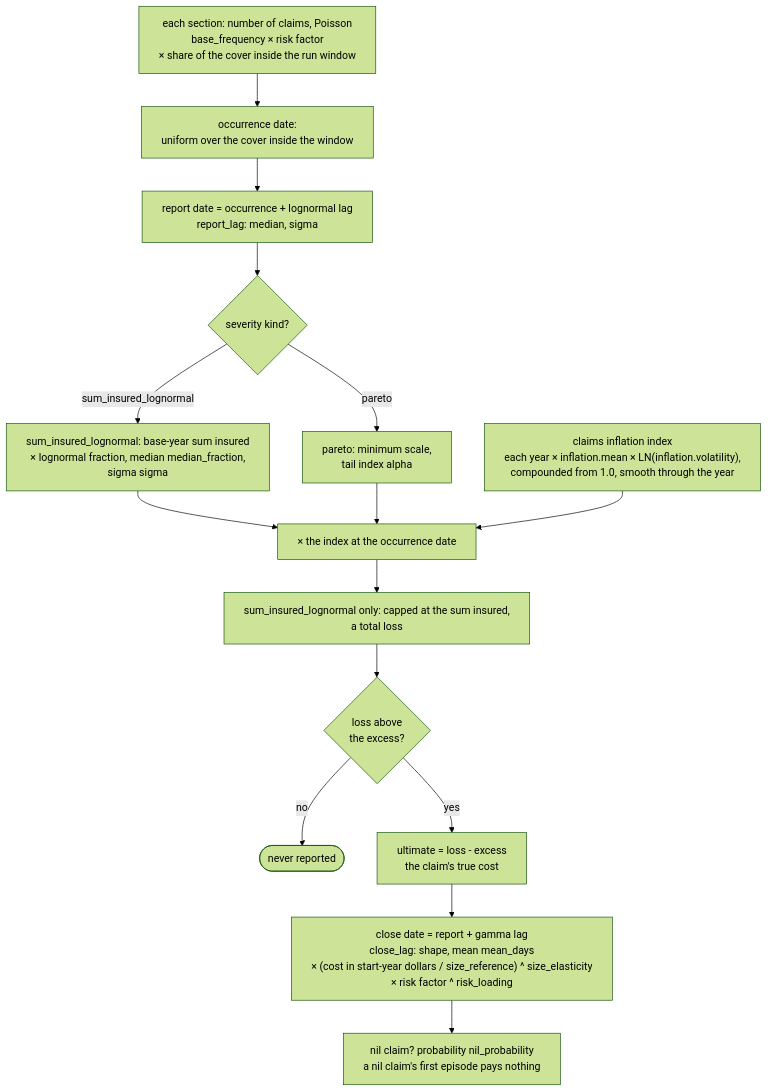
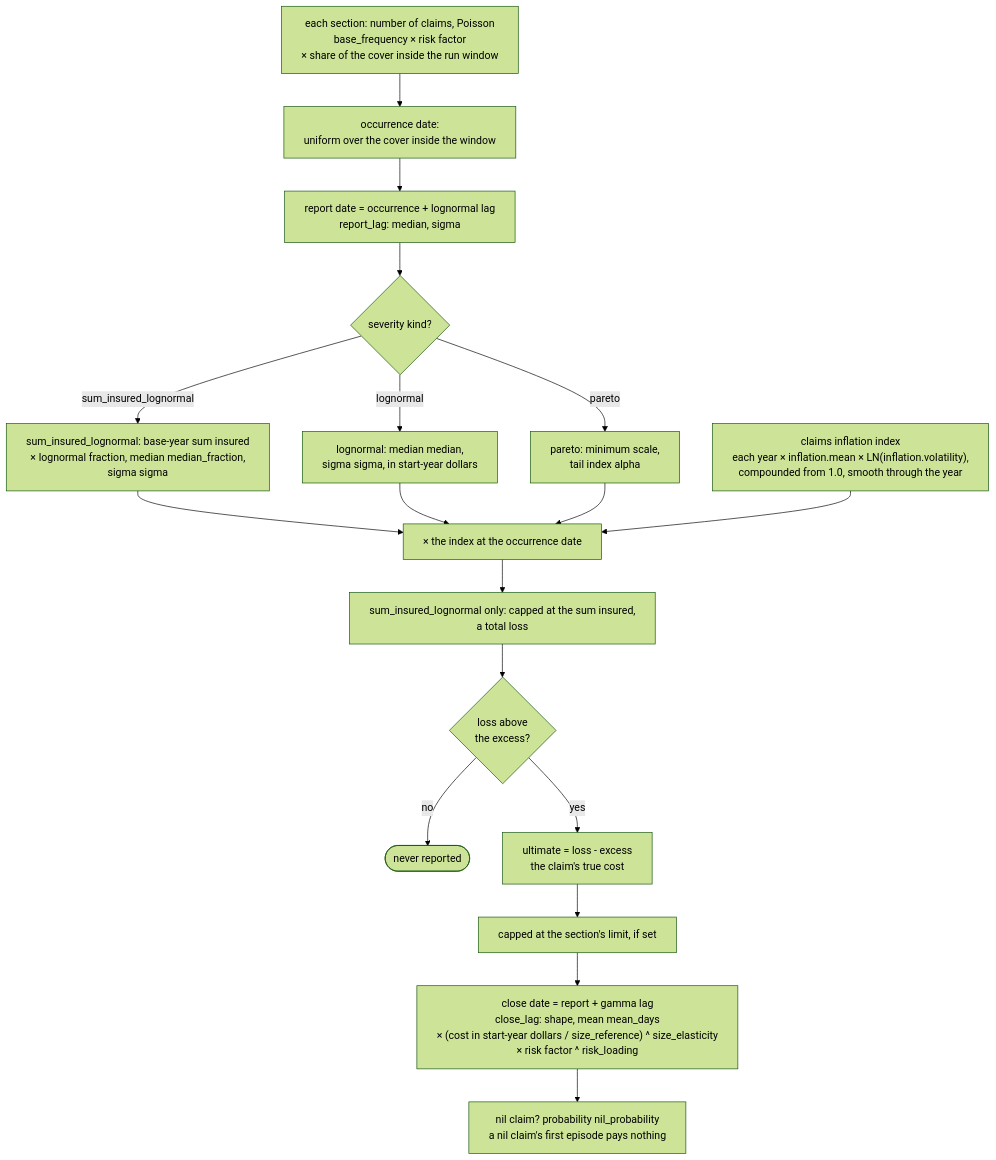
The fourth of 10 diagrams in README.md (le-marais/claims-data-generator), drawn with Mermaid (forest theme) before and after one commit. The commit also changed other lines of this file and 36 other files, not shown here.

````diff
--- a/README.md
+++ b/README.md
@@ -142,27 +142,31 @@
 ```mermaid
 %%{init: {"flowchart": {"wrappingWidth": 480}}}%%
 flowchart TD
     count["each section: number of claims, Poisson<br/>base_frequency × risk factor<br/>× share of the cover inside the run window"]
     occurrence["occurrence date:<br/>uniform over the cover inside the window"]
     report["report date = occurrence + lognormal lag<br/>report_lag: median, sigma"]
     kind{"severity kind?"}
     siLoss["sum_insured_lognormal: base-year sum insured<br/>× lognormal fraction, median median_fraction,<br/>sigma sigma"]
+    lognormalLoss["lognormal: median median,<br/>sigma sigma, in start-year dollars"]
     paretoLoss["pareto: minimum scale,<br/>tail index alpha"]
     index["claims inflation index<br/>each year × inflation.mean × LN(inflation.volatility),<br/>compounded from 1.0, smooth through the year"]
     trended["× the index at the occurrence date"]
     cap["sum_insured_lognormal only: capped at the sum insured,<br/>a total loss"]
     pierce{"loss above<br/>the excess?"}
     dropped(["never reported"])
     ultimate["ultimate = loss - excess<br/>the claim's true cost"]
+    limitCap["capped at the section's limit, if set"]
     closeDate["close date = report + gamma lag<br/>close_lag: shape, mean mean_days<br/>× (cost in start-year dollars / size_reference) ^ size_elasticity<br/>× risk factor ^ risk_loading"]
     nilFlag["nil claim? probability nil_probability<br/>a nil claim's first episode pays nothing"]
     count --> occurrence --> report --> kind
     kind -- "sum_insured_lognormal" --> siLoss
+    kind -- "lognormal" --> lognormalLoss
     kind -- "pareto" --> paretoLoss
     siLoss --> trended
+    lognormalLoss --> trended
     paretoLoss --> trended
     index --> trended
     trended --> cap --> pierce
     pierce -- "no" --> dropped
-    pierce -- "yes" --> ultimate --> closeDate --> nilFlag
+    pierce -- "yes" --> ultimate --> limitCap --> closeDate --> nilFlag
 ```
````
